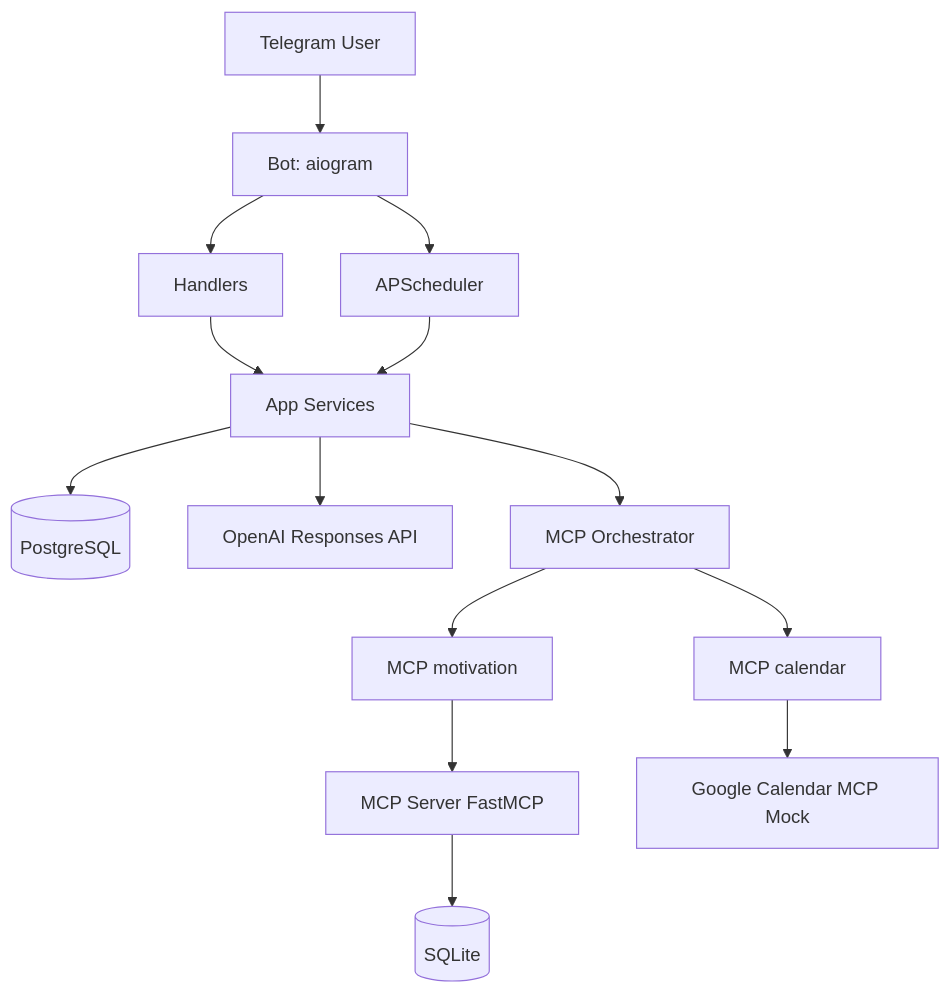
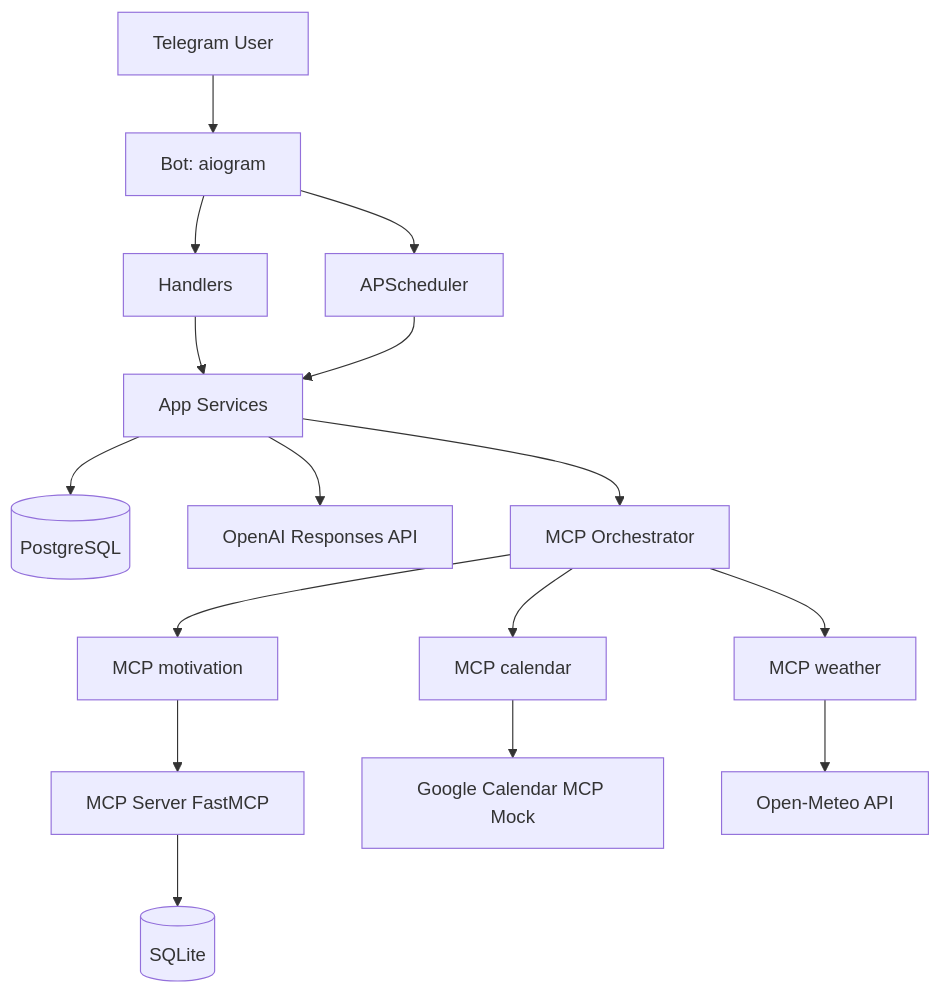
Before and after one commit to mnazirov/12w-agent: the diagram in README.md, drawn with Mermaid. The commit also changed other lines of this file and 25 other files, not shown here.

First line of the commit message:
Add weather MCP service and integrate weather context into planning

````diff
--- a/README.md
+++ b/README.md
@@ -57,16 +58,18 @@
 ```mermaid
 graph TD
     U[Telegram User] --> B[Bot: aiogram]
     B --> H[Handlers]
     H --> S[App Services]
     S --> DB[(PostgreSQL)]
     S --> OA[OpenAI Responses API]
     S --> ORC[MCP Orchestrator]
     ORC --> MC1[MCP motivation]
     ORC --> MC2[MCP calendar]
+    ORC --> MC3[MCP weather]
     MC1 --> MS[MCP Server FastMCP]
     MC2 --> GMS[Google Calendar MCP Mock]
+    MC3 --> WM[Open-Meteo API]
     MS --> SQ[(SQLite)]
     B --> SCH[APScheduler]
     SCH --> S
 ```
````
